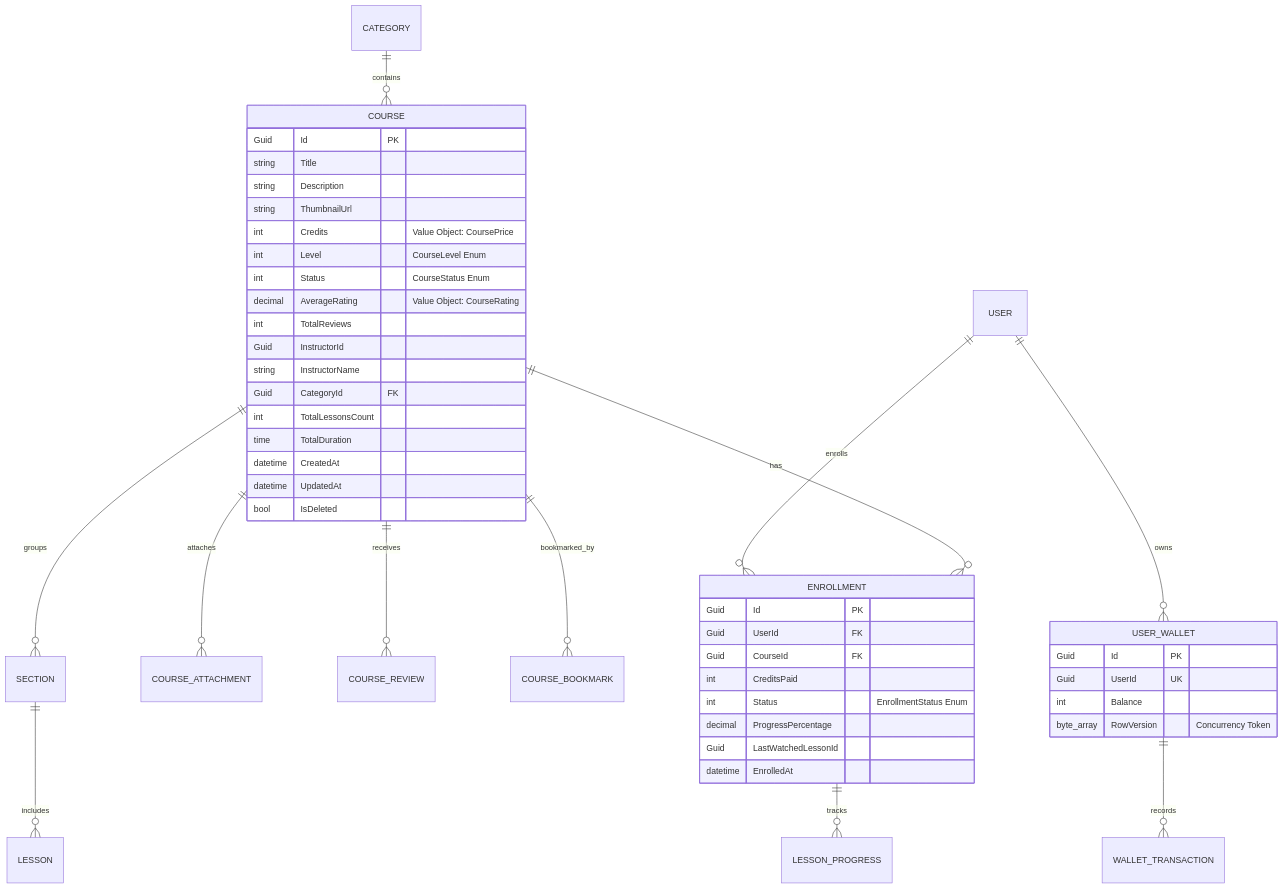
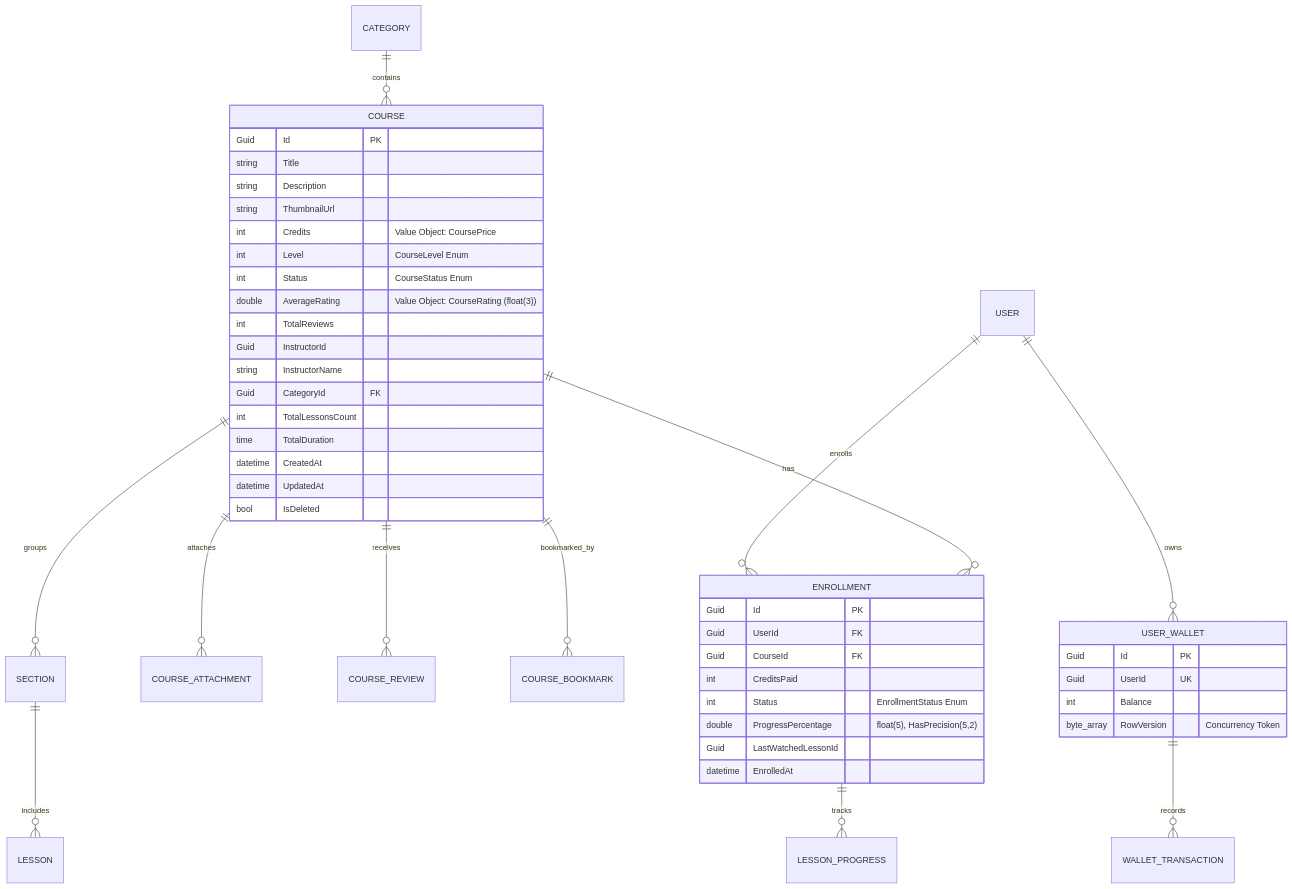
Before and after one commit to aymansalama48/Skill-Loop-Backend: the diagram in docs/Course_And_Enrollment_Subsystem.md, drawn with Mermaid. The commit also changed other lines of this file and 6 other files, not shown here.

````diff
--- a/docs/Course_And_Enrollment_Subsystem.md
+++ b/docs/Course_And_Enrollment_Subsystem.md
@@ -23,52 +23,52 @@
 ```mermaid
 erDiagram
     CATEGORY ||--o{ COURSE : contains
     COURSE ||--o{ SECTION : groups
     SECTION ||--o{ LESSON : includes
     COURSE ||--o{ COURSE_ATTACHMENT : attaches
     COURSE ||--o{ COURSE_REVIEW : receives
     COURSE ||--o{ COURSE_BOOKMARK : bookmarked_by
     USER ||--o{ USER_WALLET : owns
     USER_WALLET ||--o{ WALLET_TRANSACTION : records
     USER ||--o{ ENROLLMENT : enrolls
     COURSE ||--o{ ENROLLMENT : has
     ENROLLMENT ||--o{ LESSON_PROGRESS : tracks
 
     COURSE {
         Guid Id PK
         string Title
         string Description
         string ThumbnailUrl
         int Credits "Value Object: CoursePrice"
         int Level "CourseLevel Enum"
         int Status "CourseStatus Enum"
-        decimal AverageRating "Value Object: CourseRating"
+        double AverageRating "Value Object: CourseRating (float(3))"
         int TotalReviews
         Guid InstructorId
         string InstructorName
         Guid CategoryId FK
         int TotalLessonsCount
         time TotalDuration
         datetime CreatedAt
         datetime UpdatedAt
         bool IsDeleted
     }
 
     ENROLLMENT {
         Guid Id PK
         Guid UserId FK
         Guid CourseId FK
         int CreditsPaid
         int Status "EnrollmentStatus Enum"
-        decimal ProgressPercentage
+        double ProgressPercentage "float(5), HasPrecision(5,2)"
         Guid LastWatchedLessonId
         datetime EnrolledAt
     }
 
     USER_WALLET {
         Guid Id PK
         Guid UserId UK
         int Balance
         byte_array RowVersion "Concurrency Token"
     }
 ```
````
